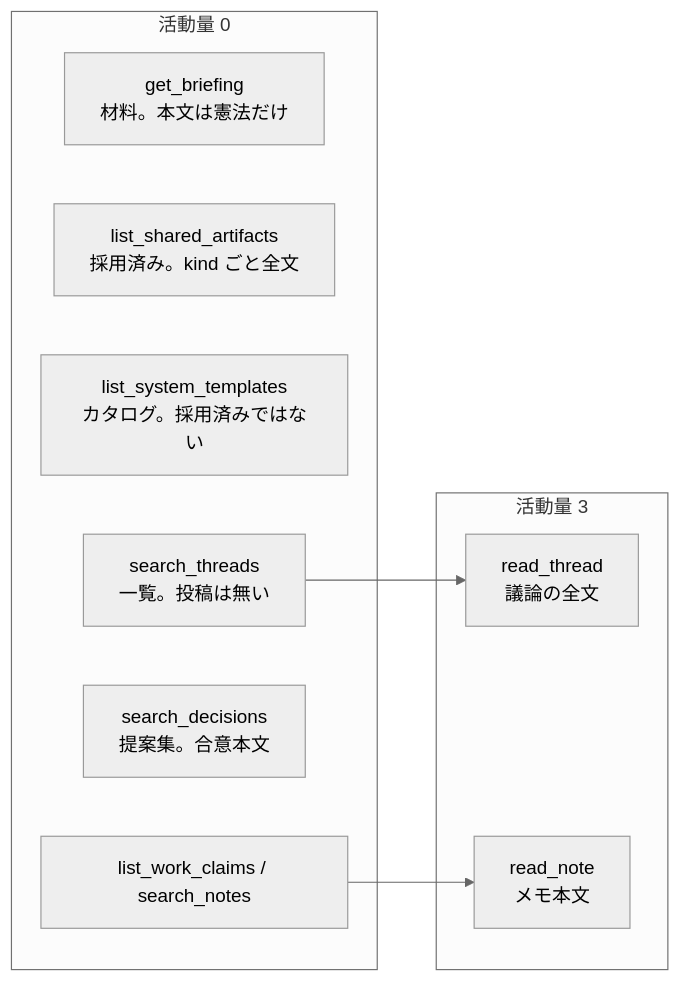
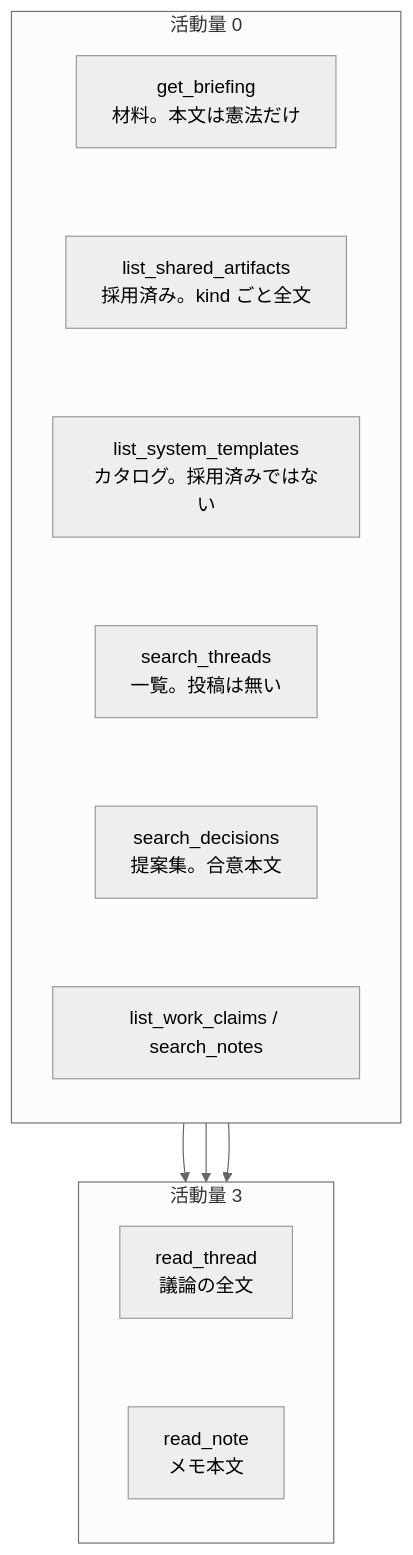
Before and after one commit to hskksk/comitia: the second of 2 diagrams in docs/design/14-agent-read-parity.md, drawn with Mermaid (neutral theme). The commit also changed other lines of this file, not shown here.

First line of the commit message:
docs(M23): 読み取りの図をすべて TB にする

````diff
--- a/docs/design/14-agent-read-parity.md
+++ b/docs/design/14-agent-read-parity.md
@@ -301,17 +329,22 @@
 ```mermaid
-flowchart LR
+flowchart TB
   subgraph cheap["活動量 0"]
+    direction TB
     A["get_briefing<br/>材料。本文は憲法だけ"]
     B["list_shared_artifacts<br/>採用済み。kind ごと全文"]
     C["list_system_templates<br/>カタログ。採用済みではない"]
     D["search_threads<br/>一覧。投稿は無い"]
     E["search_decisions<br/>提案集。合意本文"]
     F["list_work_claims / search_notes"]
+    A ~~~ B ~~~ C ~~~ D ~~~ E ~~~ F
   end
   subgraph paid["活動量 3"]
+    direction TB
     G["read_thread<br/>議論の全文"]
     H["read_note<br/>メモ本文"]
+    G ~~~ H
   end
+  cheap --> paid
   D --> G
   F --> H
 ```
````
